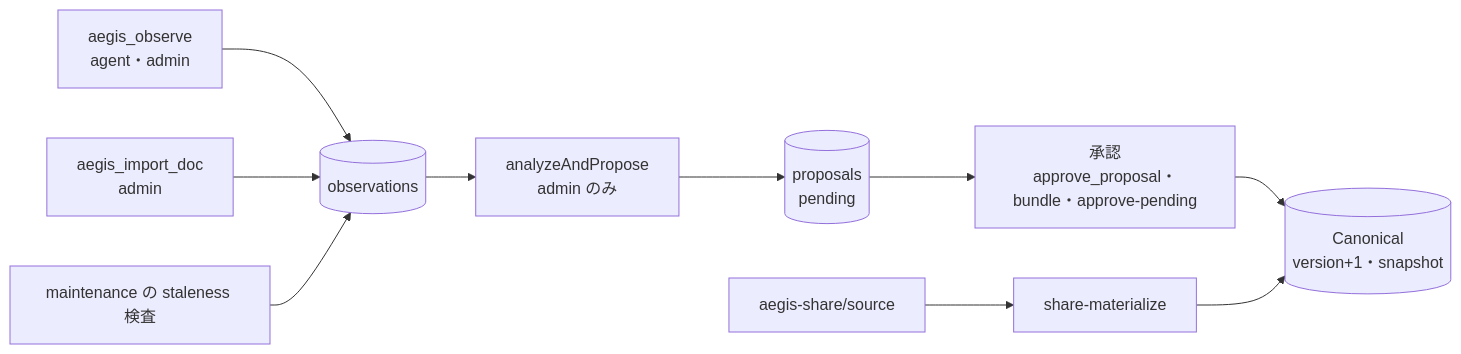
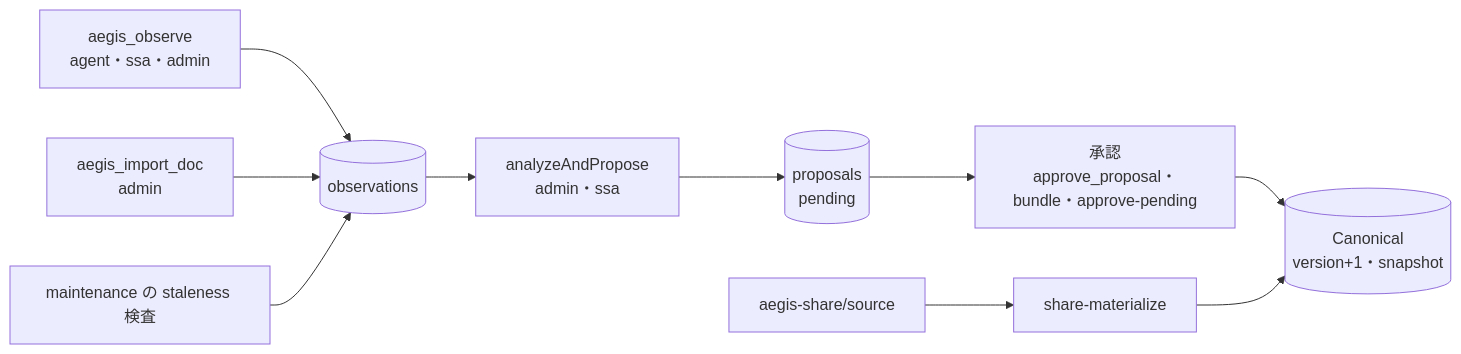
One commit to siosig/aegis changed the first of 2 diagrams in docs/plan.md. Above: the diagram before and after it, drawn with Mermaid. The commit also changed other lines of this file and 15 other files, not shown here.

First line of the commit message:
feat(mcp): add the ssa surface between agent and admin

````diff
--- a/docs/plan.md
+++ b/docs/plan.md
@@ -56,11 +56,11 @@
 ```mermaid
 flowchart LR
-  A[aegis_observe<br>agent・admin] --> O[(observations)]
+  A[aegis_observe<br>agent・ssa・admin] --> O[(observations)]
   I[aegis_import_doc<br>admin] --> O
   M[maintenance の staleness 検査] --> O
-  O --> P[analyzeAndPropose<br>admin のみ]
+  O --> P[analyzeAndPropose<br>admin・ssa]
   P --> R[(proposals<br>pending)]
   R --> AP[承認<br>approve_proposal・bundle・approve-pending]
   AP --> C[(Canonical<br>version+1・snapshot)]
   S[aegis-share/source] --> SM[share-materialize] --> C
 ```
````
